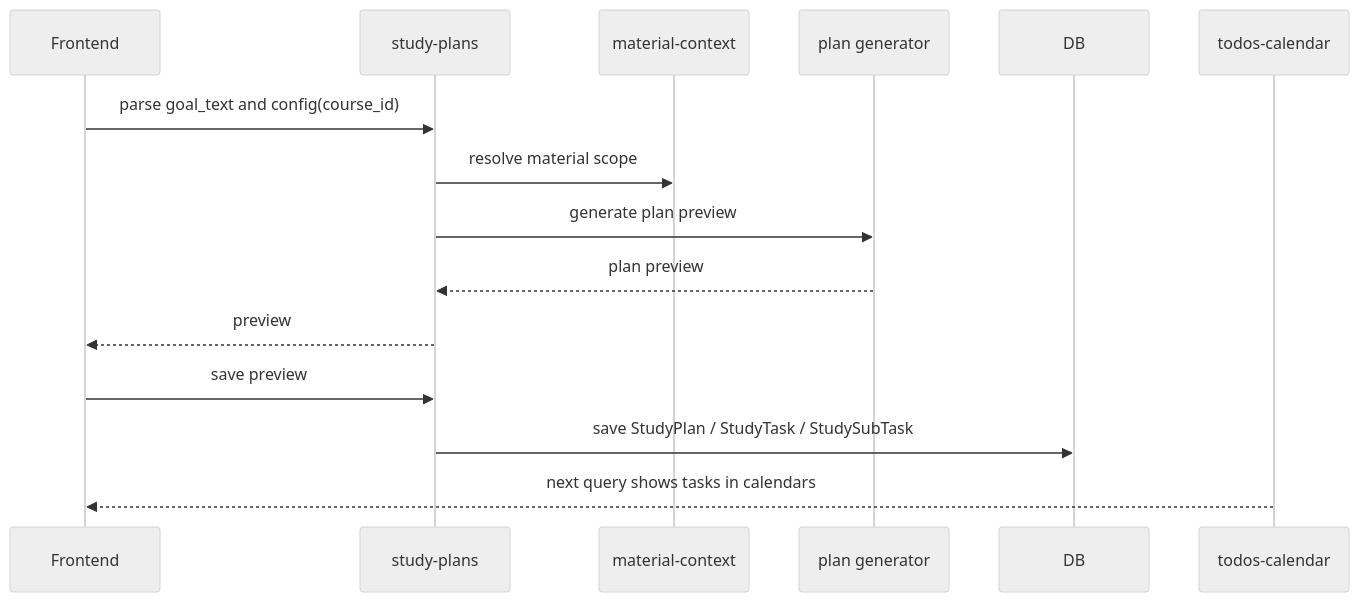
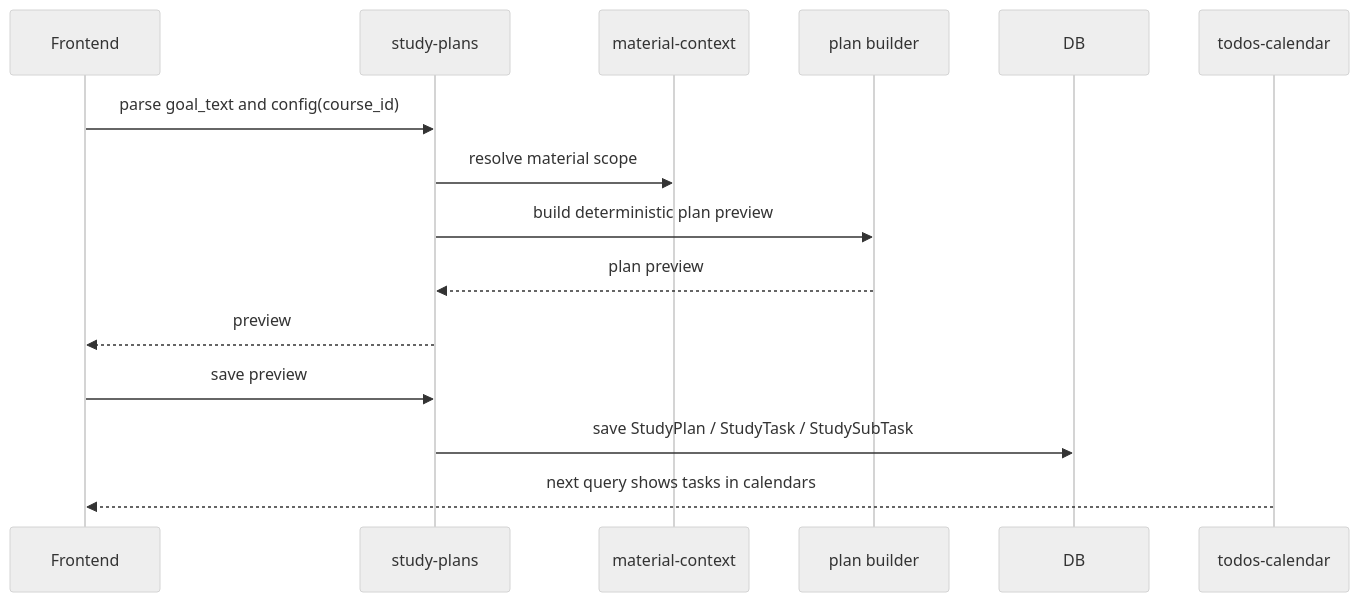
Before and after one commit to cyruan815/CourseNexus: the fourth of 7 diagrams in docs/architecture/runtime-flows.md, drawn with Mermaid (neutral theme). The commit also changed other lines of this file and 5 other files, not shown here.

````diff
--- a/docs/architecture/runtime-flows.md
+++ b/docs/architecture/runtime-flows.md
@@ -94,18 +105,18 @@
 ```mermaid
 sequenceDiagram
     participant FE as Frontend
     participant SP as study-plans
     participant CTX as material-context
-    participant Model as plan generator
+    participant Builder as plan builder
     participant DB as DB
     participant TC as todos-calendar
 
     FE->>SP: parse goal_text and config(course_id)
     SP->>CTX: resolve material scope
-    SP->>Model: generate plan preview
-    Model-->>SP: plan preview
+    SP->>Builder: build deterministic plan preview
+    Builder-->>SP: plan preview
     SP-->>FE: preview
     FE->>SP: save preview
     SP->>DB: save StudyPlan / StudyTask / StudySubTask
     TC-->>FE: next query shows tasks in calendars
 ```
````
